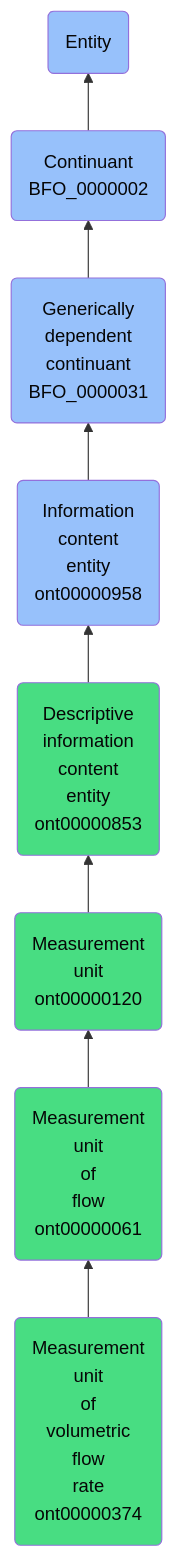
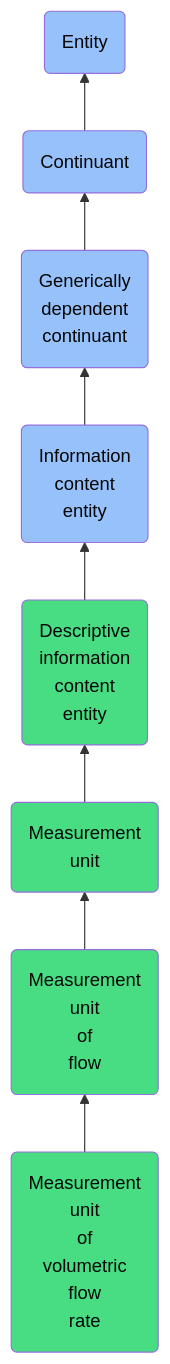
One commit to jupyter-naas/abi changed the diagram in docs/ontology/reference/model/Entity/Continuant/Generically dependent continuant/Information content entity/Descriptive information content entity/Measurement unit/Measurement unit of flow/Measurement unit of volumetric flow rate/Measurement unit of volumetric flow rate.md. Above: the diagram before and after it, drawn with Mermaid. The commit also changed other lines of this file and 1430 other files, not shown here.

````diff
--- a/docs/ontology/reference/model/Entity/Continuant/Generically dependent continuant/Information content entity/Descriptive information content entity/Measurement unit/Measurement unit of flow/Measurement unit of volumetric flow rate/Measurement unit of volumetric flow rate.md
+++ b/docs/ontology/reference/model/Entity/Continuant/Generically dependent continuant/Information content entity/Descriptive information content entity/Measurement unit/Measurement unit of flow/Measurement unit of volumetric flow rate/Measurement unit of volumetric flow rate.md
@@ -24,15 +24,15 @@
 ```mermaid
 graph BT
-    ont00000374(Measurement<br>unit<br>of<br>volumetric<br>flow<br>rate<br>ont00000374):::ABI-->ont00000061
-    ont00000061(Measurement<br>unit<br>of<br>flow<br>ont00000061):::ABI-->ont00000120
-    ont00000120(Measurement<br>unit<br>ont00000120):::ABI-->ont00000853
-    ont00000853(Descriptive<br>information<br>content<br>entity<br>ont00000853):::ABI-->ont00000958
-    ont00000958(Information<br>content<br>entity<br>ont00000958):::BFO-->BFO_0000031
-    BFO_0000031(Generically<br>dependent<br>continuant<br>BFO_0000031):::BFO-->BFO_0000002
-    BFO_0000002(Continuant<br>BFO_0000002):::BFO-->BFO_0000001
+    ont00000374(Measurement<br>unit<br>of<br>volumetric<br>flow<br>rate):::ABI-->ont00000061
+    ont00000061(Measurement<br>unit<br>of<br>flow):::ABI-->ont00000120
+    ont00000120(Measurement<br>unit):::ABI-->ont00000853
+    ont00000853(Descriptive<br>information<br>content<br>entity):::ABI-->ont00000958
+    ont00000958(Information<br>content<br>entity):::BFO-->BFO_0000031
+    BFO_0000031(Generically<br>dependent<br>continuant):::BFO-->BFO_0000002
+    BFO_0000002(Continuant):::BFO-->BFO_0000001
     BFO_0000001(Entity):::BFO
     
     classDef BFO fill:#97c1fb,color:#060606
     classDef CCO fill:#e4c51e,color:#060606
     classDef ABI fill:#48DD82,color:#060606
 ```
````
